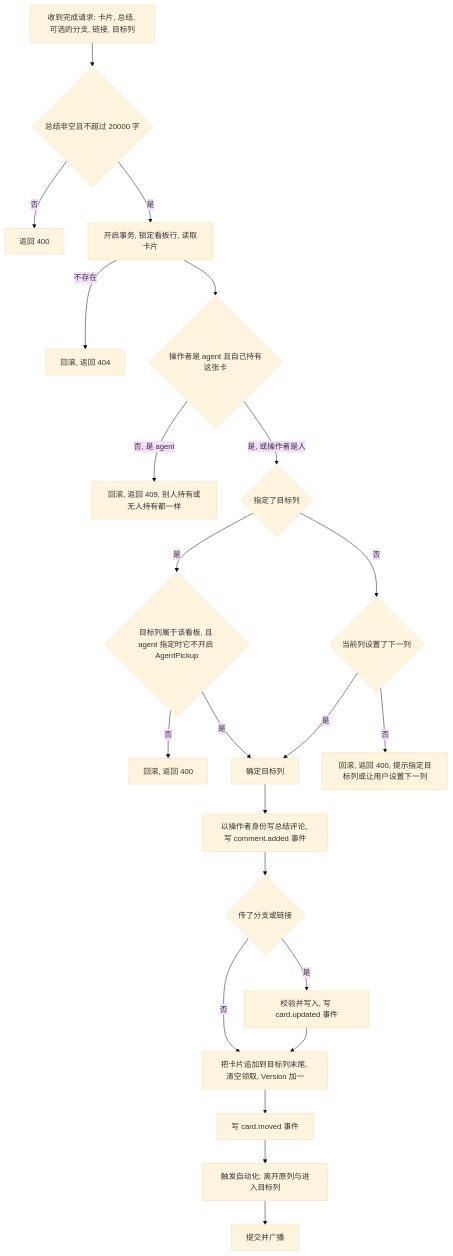
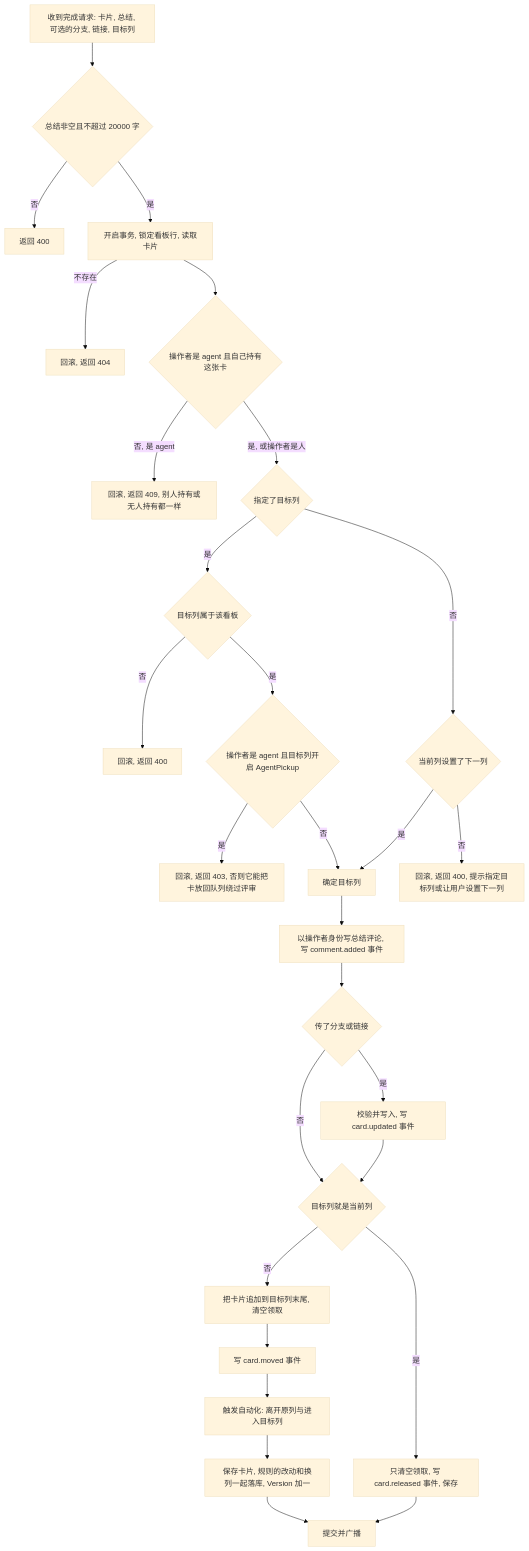
The fourth of 5 diagrams in .cursor/scopes/kanban.claim.go.md (ixugo/slate-kanban), drawn with Mermaid (base theme) before and after one commit. The commit also changed other lines of this file and 1 other file, not shown here.

````diff
--- a/.cursor/scopes/kanban.claim.go.md
+++ b/.cursor/scopes/kanban.claim.go.md
@@ -95,24 +99,30 @@
 ```mermaid
 flowchart TD
     A[收到完成请求: 卡片, 总结, 可选的分支, 链接, 目标列] --> B{总结非空且不超过 20000 字}
     B -->|否| Z1[返回 400]
     B -->|是| C[开启事务, 锁定看板行, 读取卡片]
     C -->|不存在| Z2[回滚, 返回 404]
     C --> D{操作者是 agent 且自己持有这张卡}
     D -->|否, 是 agent| Z3[回滚, 返回 409, 别人持有或无人持有都一样]
     D -->|是, 或操作者是人| E{指定了目标列}
-    E -->|是| F{目标列属于该看板, 且 agent 指定时它不开启 AgentPickup}
+    E -->|是| F{目标列属于该看板}
     F -->|否| Z4[回滚, 返回 400]
-    F -->|是| I
+    F -->|是| F2{操作者是 agent 且目标列开启 AgentPickup}
+    F2 -->|是| Z6[回滚, 返回 403, 否则它能把卡放回队列绕过评审]
+    F2 -->|否| I
     E -->|否| G{当前列设置了下一列}
     G -->|否| Z5[回滚, 返回 400, 提示指定目标列或让用户设置下一列]
     G -->|是| I[确定目标列]
     I --> J[以操作者身份写总结评论, 写 comment.added 事件]
     J --> K{传了分支或链接}
     K -->|是| L[校验并写入, 写 card.updated 事件]
     K -->|否| M
-    L --> M[把卡片追加到目标列末尾, 清空领取, Version 加一]
-    M --> N[写 card.moved 事件]
+    L --> M{目标列就是当前列}
+    M -->|是| M2[只清空领取, 写 card.released 事件, 保存]
+    M -->|否| M3[把卡片追加到目标列末尾, 清空领取]
+    M3 --> N[写 card.moved 事件]
     N --> O[触发自动化: 离开原列与进入目标列]
-    O --> P[提交并广播]
+    O --> O2[保存卡片, 规则的改动和换列一起落库, Version 加一]
+    O2 --> P[提交并广播]
+    M2 --> P
 ```
````
